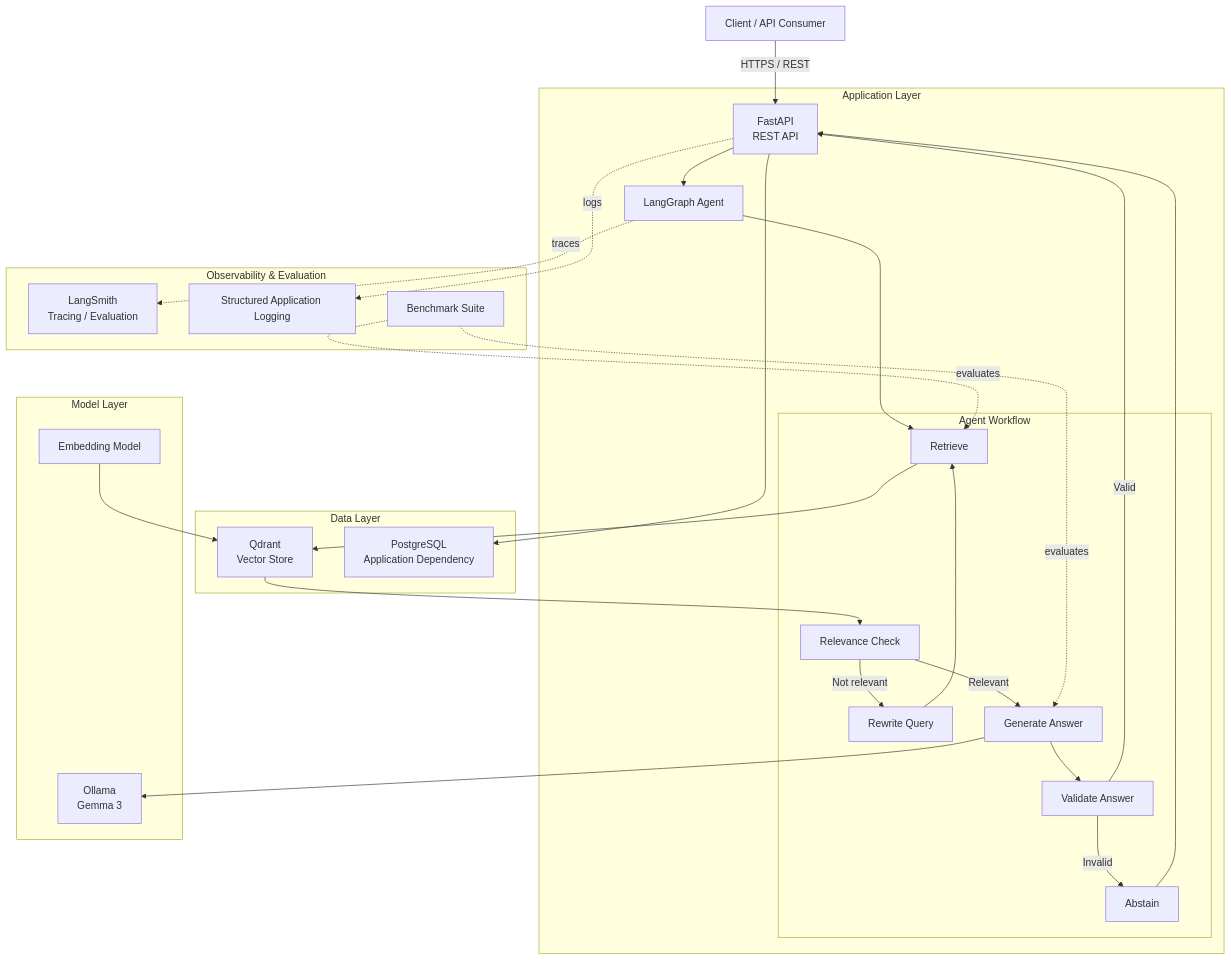
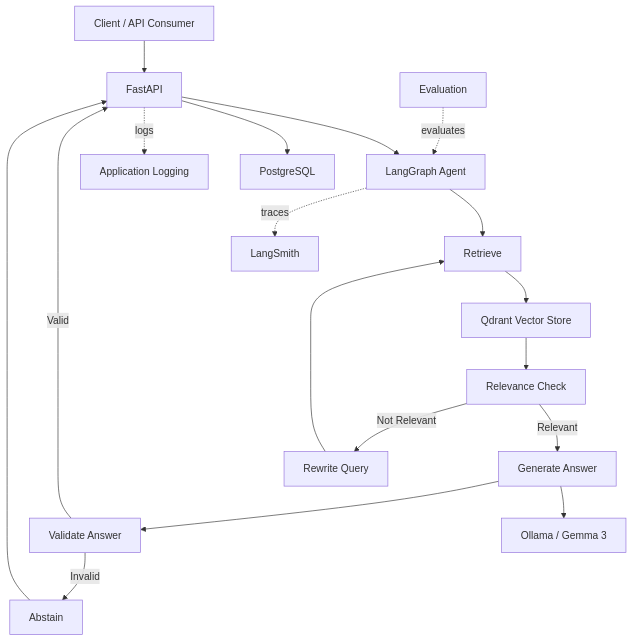
One commit to Aad-hil/rag-agent changed the diagram in README.md. Above: the diagram before and after it, drawn with Mermaid. The commit also changed other lines of this file, not shown here.

````diff
--- a/README.md
+++ b/README.md
@@ -79,54 +9,20 @@
 ```mermaid
 flowchart TB
-    Client["Client / API Consumer"]
-
-    subgraph Application["Application Layer"]
-        API["FastAPI<br/>REST API"]
-        Agent["LangGraph Agent"]
-
-        subgraph Workflow["Agent Workflow"]
-            Retrieve["Retrieve"]
-            Relevance["Relevance Check"]
-            Rewrite["Rewrite Query"]
-            Generate["Generate Answer"]
-            Validate["Validate Answer"]
-            Abstain["Abstain"]
-        end
-    end
-
-    subgraph Data["Data Layer"]
-        Qdrant["Qdrant<br/>Vector Store"]
-        PostgreSQL["PostgreSQL<br/>Application Dependency"]
-    end
-
-    subgraph Model["Model Layer"]
-        Ollama["Ollama<br/>Gemma 3"]
-        Embeddings["Embedding Model"]
-    end
-
-    subgraph Observability["Observability & Evaluation"]
-        LangSmith["LangSmith<br/>Tracing / Evaluation"]
-        Logging["Structured Application Logging"]
-        Benchmark["Benchmark Suite"]
-    end
-
-    Client -->|HTTPS / REST| API
-    API --> Agent
-    Agent --> Retrieve
-    Retrieve --> Qdrant
-    Qdrant --> Relevance
-    Relevance -->|Relevant| Generate
-    Relevance -->|Not relevant| Rewrite
+    Client[Client / API Consumer] --> API[FastAPI]
+    API --> Agent[LangGraph Agent]
+    Agent --> Retrieve[Retrieve]
+    Retrieve --> Qdrant[Qdrant Vector Store]
+    Qdrant --> Relevance[Relevance Check]
+    Relevance -->|Relevant| Generate[Generate Answer]
+    Relevance -->|Not Relevant| Rewrite[Rewrite Query]
     Rewrite --> Retrieve
-    Generate --> Ollama
-    Generate --> Validate
+    Generate --> Ollama[Ollama / Gemma 3]
+    Generate --> Validate[Validate Answer]
     Validate -->|Valid| API
-    Validate -->|Invalid| Abstain
+    Validate -->|Invalid| Abstain[Abstain]
     Abstain --> API
-    Embeddings --> Qdrant
-    API --> PostgreSQL
-    Agent -. traces .-> LangSmith
-    API -. logs .-> Logging
-    Benchmark -. evaluates .-> Retrieve
-    Benchmark -. evaluates .-> Generate
+    API --> PostgreSQL[PostgreSQL]
+    Agent -. traces .-> LangSmith[LangSmith]
+    API -. logs .-> Logging[Application Logging]
+    Benchmark[Evaluation] -. evaluates .-> Agent
 ```
````
